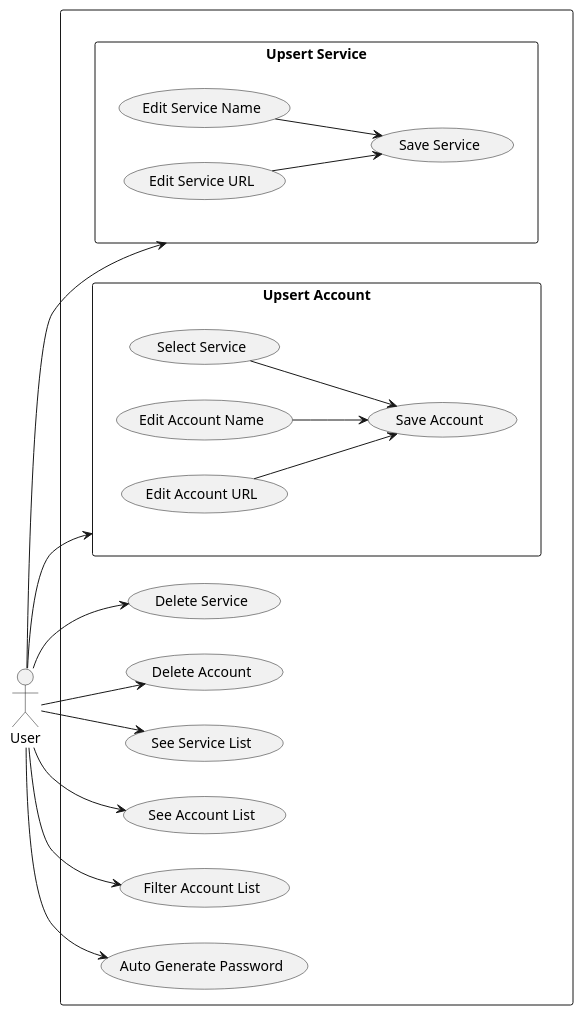
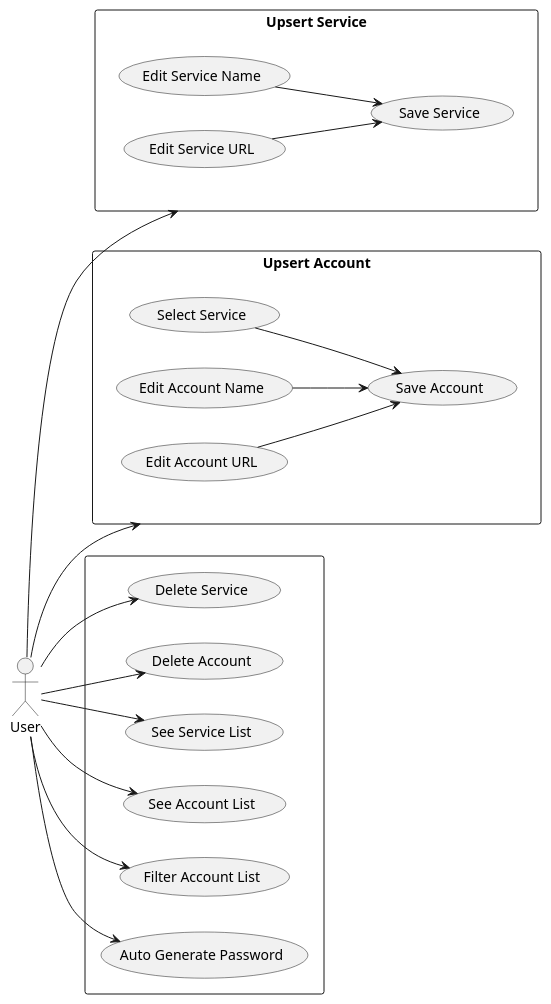
The diagram in uml/usecases.puml (blendthink/honpass), drawn with PlantUML before and after one commit.

Commit message:
ユースケース図の並び順を修正

```diff
--- a/uml/usecases.puml
+++ b/uml/usecases.puml
@@ -1,28 +1,30 @@
 @startuml
 left to right direction
 
 actor User
+
+(Upsert Service) -[hidden]ri- (Upsert Account)
 
 rectangle {
     User --> (Upsert Service)
     User --> (Upsert Account)
     User --> (Delete Service)
     User --> (Delete Account)
     User --> (See Service List)
     User --> (See Account List)
     User --> (Filter Account List)
     User --> (Auto Generate Password)
 }
 
 rectangle "Upsert Service" {
     (Edit Service Name) --> (Save Service)
     (Edit Service URL) --> (Save Service)
 }
 
 rectangle "Upsert Account" {
     (Select Service) --> (Save Account)
     (Edit Account Name) --> (Save Account)
     (Edit Account URL) --> (Save Account)
 }
 
 @enduml
```
